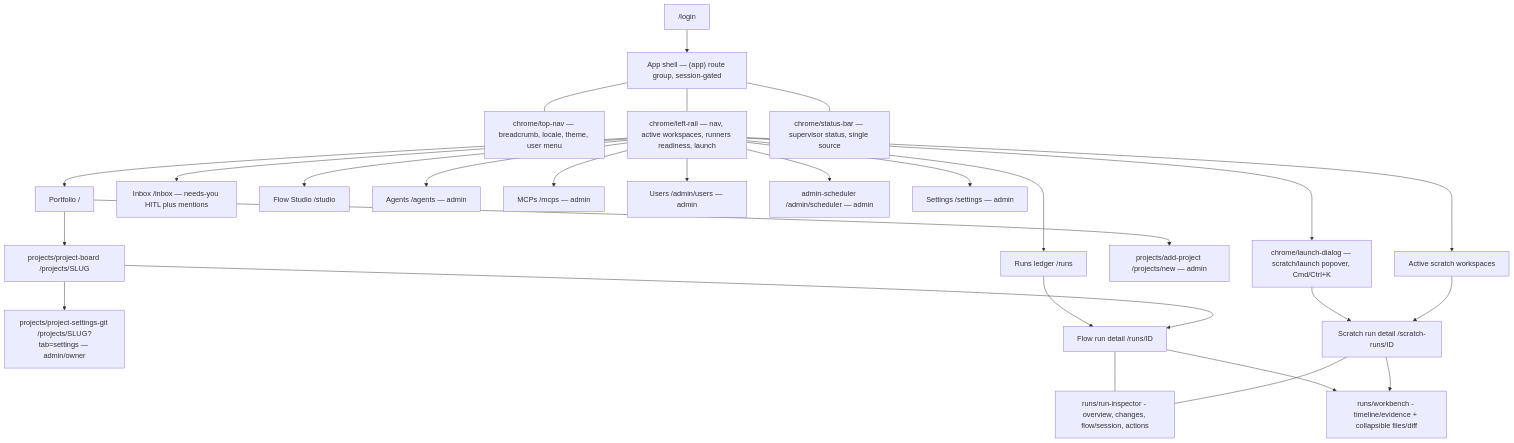
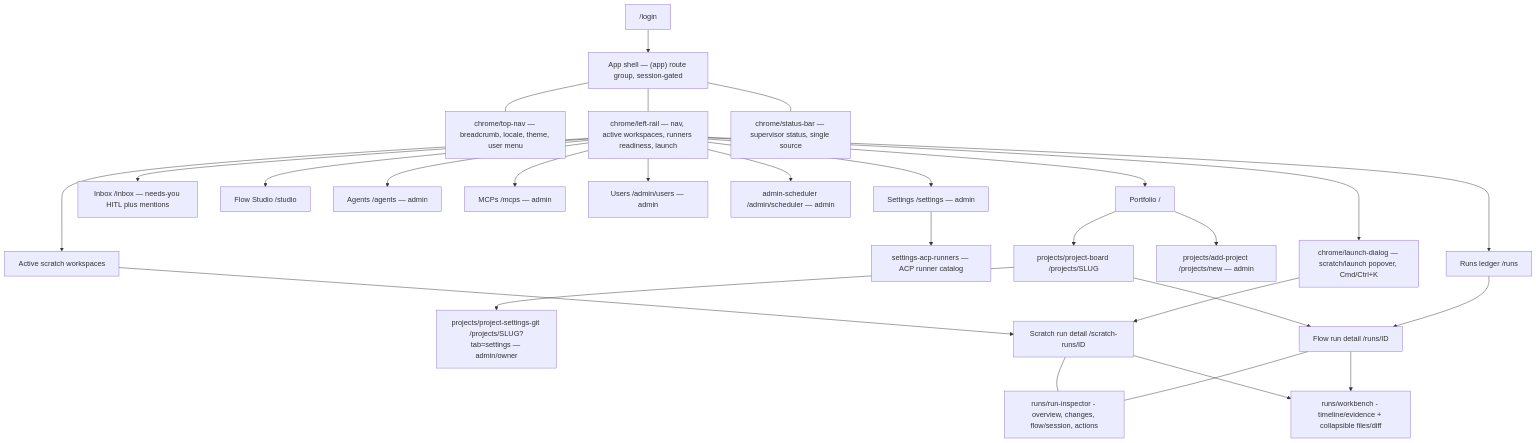
One commit to maister-dev/maister changed the diagram in docs/screens/README.md. Above: the diagram before and after it, drawn with Mermaid. The commit also changed other lines of this file and 36 other files, not shown here.

Commit message:
feat: add ACP runner env overrides

````diff
--- a/docs/screens/README.md
+++ b/docs/screens/README.md
@@ -105,33 +106,34 @@
 ```mermaid
 flowchart TD
     Login["/login"] --> Shell["App shell — (app) route group, session-gated"]
 
     Shell --- TopNav["chrome/top-nav — breadcrumb, locale, theme, user menu"]
     Shell --- Rail["chrome/left-rail — nav, active workspaces, runners readiness, launch"]
     Shell --- Status["chrome/status-bar — supervisor status, single source"]
     Rail --> Launch["chrome/launch-dialog — scratch/launch popover, Cmd/Ctrl+K"]
 
     Rail --> Portfolio["Portfolio /"]
     Rail --> Inbox["Inbox /inbox — needs-you HITL plus mentions"]
     Rail --> FlowStudio["Flow Studio /studio"]
     Rail --> Agents["Agents /agents — admin"]
     Rail --> Mcps["MCPs /mcps — admin"]
 
     Rail --> Users["Users /admin/users — admin"]
     Rail --> Scheduler["admin-scheduler /admin/scheduler — admin"]
     Rail --> Settings["Settings /settings — admin"]
+    Settings --> SettingsAcp["settings-acp-runners — ACP runner catalog"]
 
     Portfolio --> Board["projects/project-board /projects/SLUG"]
     Portfolio --> AddProject["projects/add-project /projects/new — admin"]
     Board --> SettingsGit["projects/project-settings-git /projects/SLUG?tab=settings — admin/owner"]
     Rail --> RunsList["Runs ledger /runs"]
     RunsList --> FlowRun["Flow run detail /runs/ID"]
     Board --> FlowRun["Flow run detail /runs/ID"]
     Rail --> ScratchRows["Active scratch workspaces"]
     Launch --> ScratchRun["Scratch run detail /scratch-runs/ID"]
     ScratchRows --> ScratchRun
     FlowRun --- RunInspector["runs/run-inspector - overview, changes, flow/session, actions"]
     ScratchRun --- RunInspector
     FlowRun --> Workbench["runs/workbench - timeline/evidence + collapsible files/diff"]
     ScratchRun --> Workbench
 ```
````
